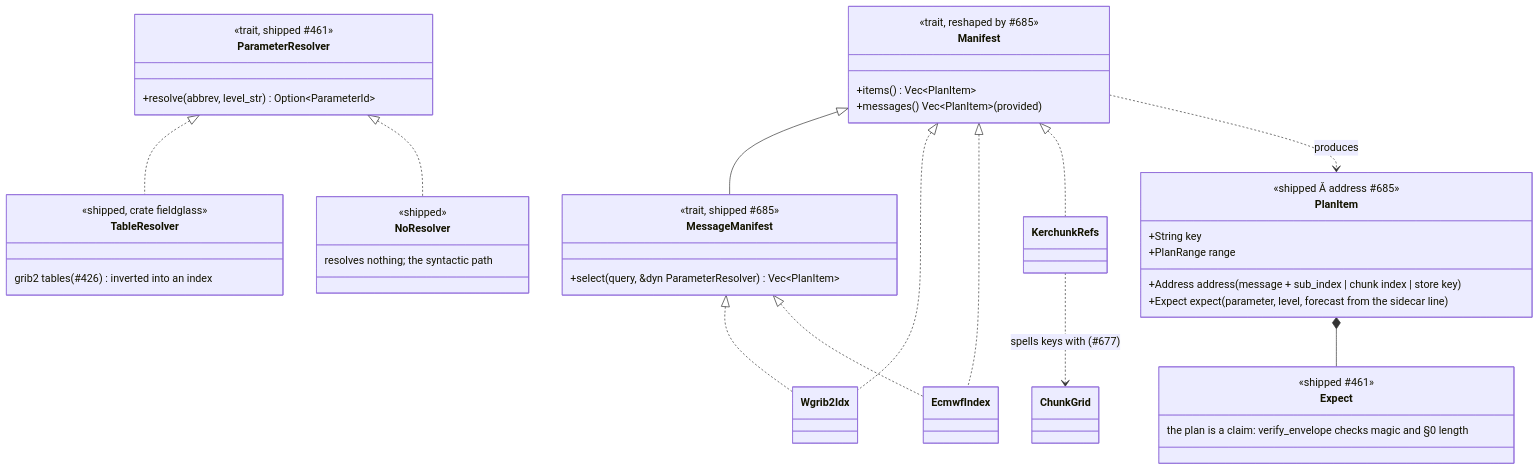
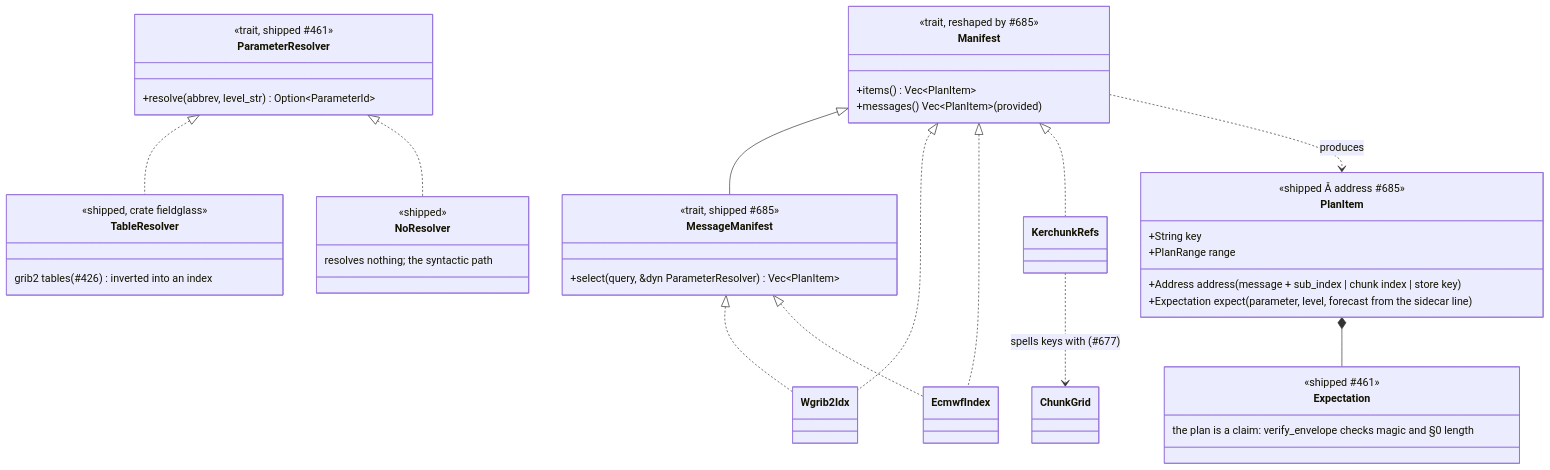
One commit to D0ubleD0uble/fieldglass changed the fourth of 6 diagrams in docs/architecture/planned/02-trait-seams.md. Above: the diagram before and after it, drawn with Mermaid. The commit also changed other lines of this file and 384 other files, not shown here.

````diff
--- a/docs/architecture/planned/02-trait-seams.md
+++ b/docs/architecture/planned/02-trait-seams.md
@@ -291,46 +291,46 @@
 ```mermaid
 classDiagram
     class Manifest {
         <<trait, reshaped by #685>>
         +items() Vec~PlanItem~
         +messages() Vec~PlanItem~ (provided)
     }
     class MessageManifest {
         <<trait, shipped #685>>
         +select(query, &dyn ParameterResolver) Vec~PlanItem~
     }
     class ParameterResolver {
         <<trait, shipped #461>>
         +resolve(abbrev, level_str) Option~ParameterId~
     }
     class TableResolver {
         <<shipped, crate fieldglass>>
         grib2 tables (#426) inverted into an index
     }
     class NoResolver {
         <<shipped>>
         resolves nothing; the syntactic path
     }
     ParameterResolver <|.. TableResolver
     ParameterResolver <|.. NoResolver
     class PlanItem {
         <<shipped #461; address #685>>
         +String key
         +PlanRange range
         +Address address (message + sub_index | chunk index | store key)
-        +Expect expect (parameter, level, forecast from the sidecar line)
+        +Expectation expect (parameter, level, forecast from the sidecar line)
     }
-    class Expect {
+    class Expectation {
         <<shipped #461>>
         the plan is a claim: verify_envelope checks magic and §0 length
     }
     Manifest <|-- MessageManifest
     Manifest <|.. Wgrib2Idx
     Manifest <|.. EcmwfIndex
     Manifest <|.. KerchunkRefs
     MessageManifest <|.. Wgrib2Idx
     MessageManifest <|.. EcmwfIndex
     KerchunkRefs ..> ChunkGrid : spells keys with (#677)
     Manifest ..> PlanItem : produces
-    PlanItem *-- Expect
+    PlanItem *-- Expectation
 ```
````
